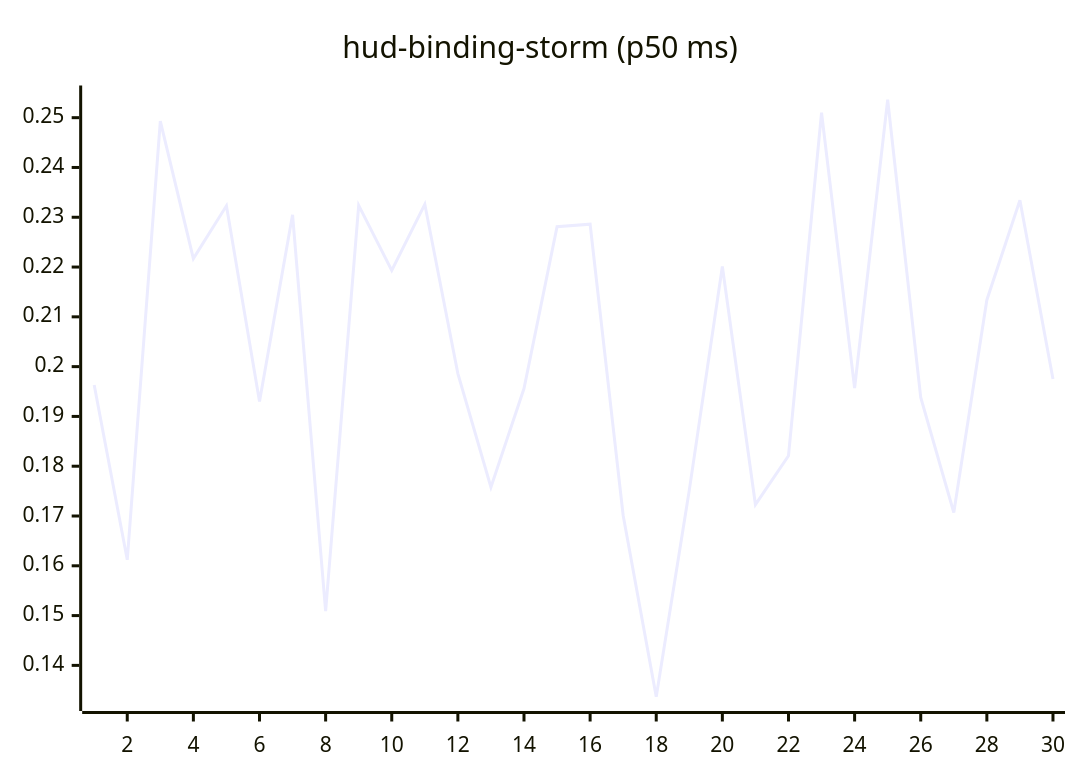
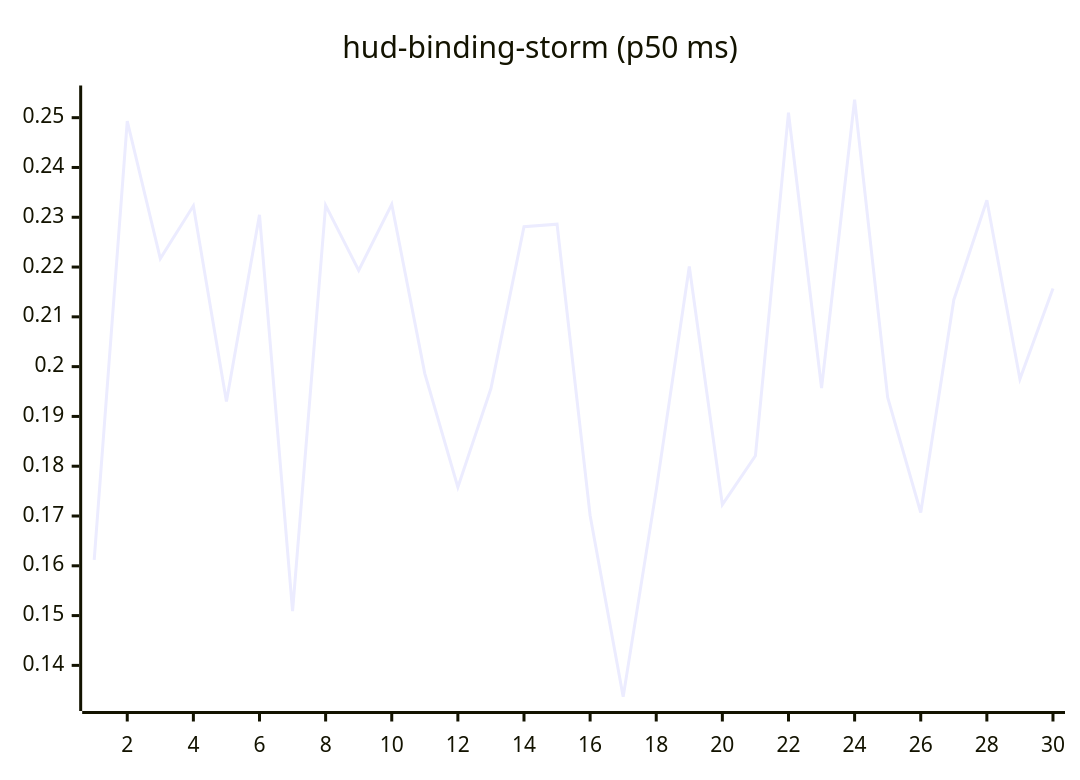
The tenth of 27 diagrams in README.md (josha/Facet), drawn with Mermaid before and after one commit. The commit also changed other lines of this file and 2 other files, not shown here.

````diff
--- a/README.md
+++ b/README.md
@@ -126,6 +126,6 @@
 ```mermaid
 xychart-beta
     title "hud-binding-storm (p50 ms)"
     x-axis 1 --> 30
-    line [0.1963, 0.1612, 0.2493, 0.2217, 0.2323, 0.1930, 0.2305, 0.1509, 0.2324, 0.2193, 0.2326, 0.1986, 0.1758, 0.1956, 0.2281, 0.2286, 0.1701, 0.1337, 0.1752, 0.2201, 0.1723, 0.1821, 0.2510, 0.1957, 0.2536, 0.1938, 0.1707, 0.2134, 0.2334, 0.1975]
+    line [0.1612, 0.2493, 0.2217, 0.2323, 0.1930, 0.2305, 0.1509, 0.2324, 0.2193, 0.2326, 0.1986, 0.1758, 0.1956, 0.2281, 0.2286, 0.1701, 0.1337, 0.1752, 0.2201, 0.1723, 0.1821, 0.2510, 0.1957, 0.2536, 0.1938, 0.1707, 0.2134, 0.2334, 0.1975, 0.2157]
 ```
````
